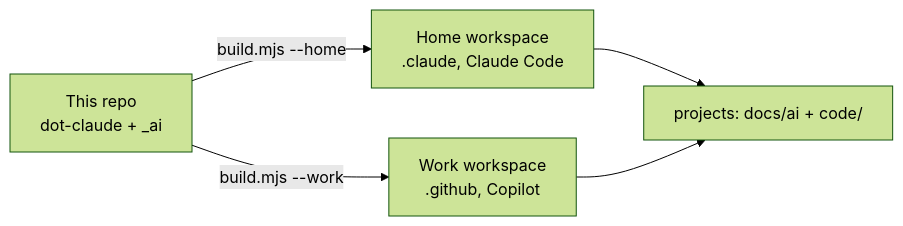
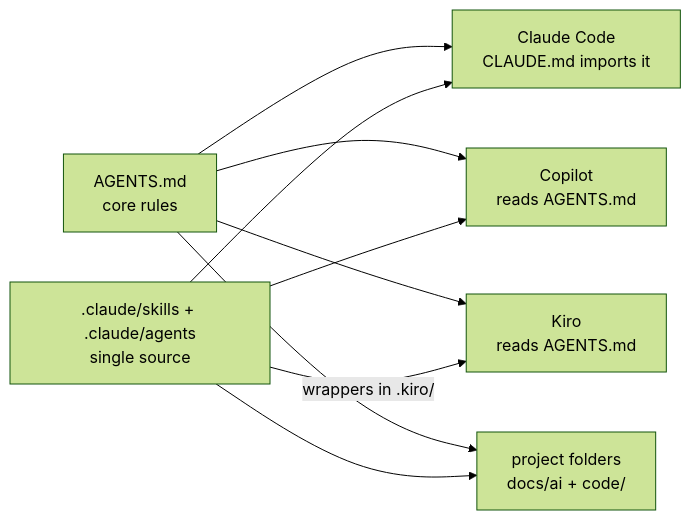
Before and after one commit to GociuRadu/AI-Setup: the diagram in README.md, drawn with Mermaid (forest theme). The commit also changed other lines of this file and 93 other files, not shown here.

First line of the commit message:
One AI setup repo: AGENTS.md core rules, .claude single source, Kiro/Copilot adapters, device profiles, guard hook

````diff
--- a/README.md
+++ b/README.md
@@ -11,6 +5,9 @@
 ```mermaid
 flowchart LR
-  S[This repo<br/>dot-claude + _ai] -->|build.mjs --home| H[Home workspace<br/>.claude, Claude Code]
-  S -->|build.mjs --work| W[Work workspace<br/>.github, Copilot]
-  H & W --> P[projects: docs/ai + code/]
+  A[AGENTS.md<br/>core rules] --> C[Claude Code<br/>CLAUDE.md imports it]
+  A --> G[Copilot<br/>reads AGENTS.md]
+  A --> K[Kiro<br/>reads AGENTS.md]
+  S[.claude/skills + .claude/agents<br/>single source] --> C & G
+  S -->|wrappers in .kiro/| K
+  A & S --> P[project folders<br/>docs/ai + code/]
 ```
````
